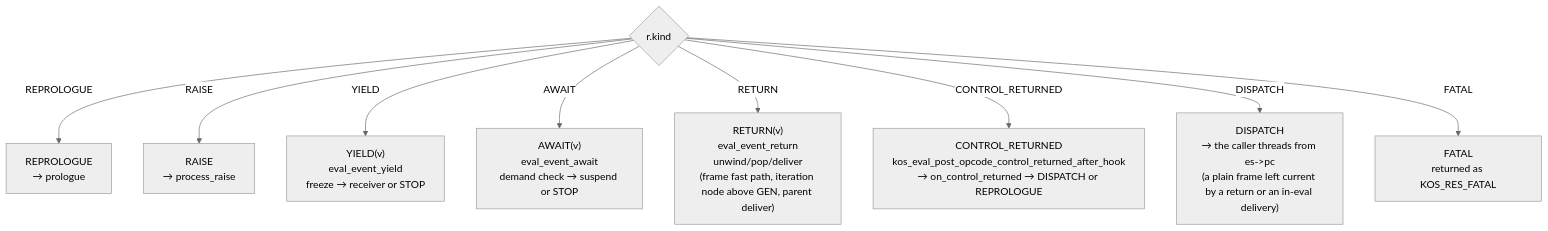
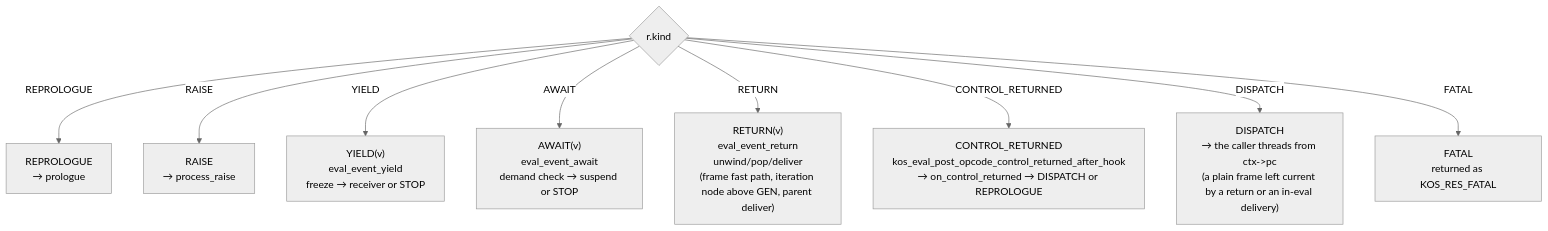
Before and after one commit to koskari-lang/koskari: the seventh of 12 diagrams in design/EVALUATOR.md, drawn with Mermaid (neutral theme). The commit also changed other lines of this file and 433 other files, not shown here.

````diff
--- a/design/EVALUATOR.md
+++ b/design/EVALUATOR.md
@@ -491,21 +491,21 @@
 ```mermaid
 flowchart TD
     kind{"r.kind"}
     repro["REPROLOGUE<br/>→ prologue"]
     raise["RAISE<br/>→ process_raise"]
     yield["YIELD(v)<br/>eval_event_yield<br/>freeze → receiver or STOP"]
     await["AWAIT(v)<br/>eval_event_await<br/>demand check → suspend or STOP"]
     ret["RETURN(v)<br/>eval_event_return<br/>unwind/pop/deliver<br/>(frame fast path, iteration node above GEN, parent deliver)"]
     ctrl["CONTROL_RETURNED<br/>kos_eval_post_opcode_control_returned_after_hook<br/>→ on_control_returned → DISPATCH or REPROLOGUE"]
-    disp["DISPATCH<br/>→ the caller threads from es->pc<br/>(a plain frame left current by a return or an in-eval delivery)"]
+    disp["DISPATCH<br/>→ the caller threads from ctx->pc<br/>(a plain frame left current by a return or an in-eval delivery)"]
     fatal["FATAL<br/>returned as KOS_RES_FATAL"]
 
     kind -->|REPROLOGUE| repro
     kind -->|RAISE| raise
     kind -->|YIELD| yield
     kind -->|AWAIT| await
     kind -->|RETURN| ret
     kind -->|CONTROL_RETURNED| ctrl
     kind -->|DISPATCH| disp
     kind -->|FATAL| fatal
 ```
````
